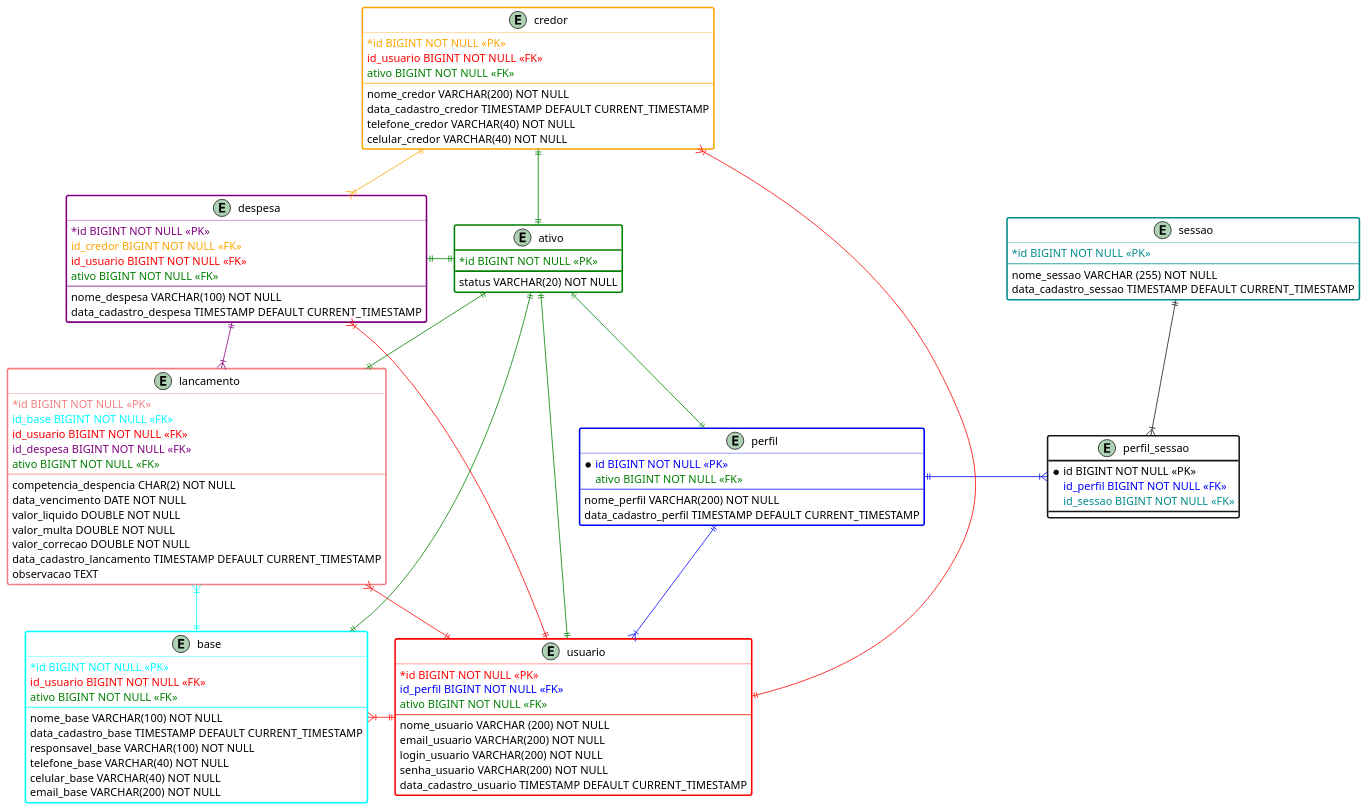
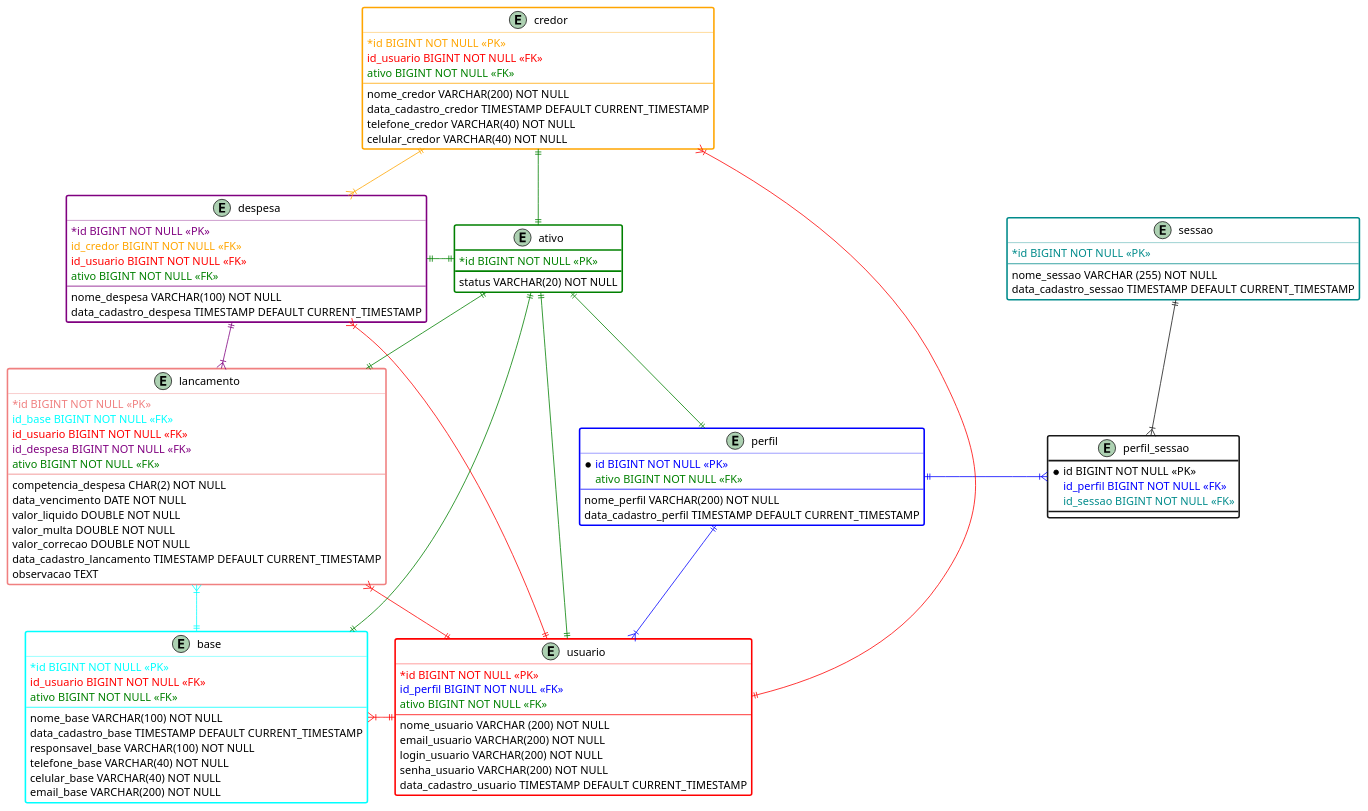
One commit to galaticghost/precificacao-pecas changed the diagram in modelagem/bancoProjetoUm.wsd. Above: the diagram before and after it, drawn with PlantUML.

```diff
--- a/modelagem/bancoProjetoUm.wsd
+++ b/modelagem/bancoProjetoUm.wsd
@@ -1,110 +1,109 @@
 @startuml projetoUM
 
 entity perfil  #white;line.bold;line:blue {
     *<color:blue>id BIGINT NOT NULL <<PK>>
     <color:green>ativo BIGINT NOT NULL <<FK>>
     --
     nome_perfil VARCHAR(200) NOT NULL
     data_cadastro_perfil TIMESTAMP DEFAULT CURRENT_TIMESTAMP
 }
 
 entity perfil_sessao  #white;line.bold; {
     *id BIGINT NOT NULL <<PK>>
     <color:blue>id_perfil BIGINT NOT NULL <<FK>>
     <color:DarkCyan>id_sessao BIGINT NOT NULL <<FK>>
 }
 
 entity sessao #white;line.bold;line:DarkCyan {
     <color:DarkCyan>*id BIGINT NOT NULL <<PK>>
     --
     nome_sessao VARCHAR (255) NOT NULL
     data_cadastro_sessao TIMESTAMP DEFAULT CURRENT_TIMESTAMP
 }
 
 entity ativo #white;line.bold;line:green {
     <color:green>*id BIGINT NOT NULL <<PK>>
     status VARCHAR(20) NOT NULL
 }
 
 entity usuario  #white;line.bold;line:red {
     <color:red>*id BIGINT NOT NULL <<PK>>
     <color:blue>id_perfil BIGINT NOT NULL <<FK>>
     <color:green>ativo BIGINT NOT NULL <<FK>>
     --
     nome_usuario VARCHAR (200) NOT NULL
     email_usuario VARCHAR(200) NOT NULL
     login_usuario VARCHAR(200) NOT NULL
     senha_usuario VARCHAR(200) NOT NULL
     data_cadastro_usuario TIMESTAMP DEFAULT CURRENT_TIMESTAMP
 }
 
 entity credor #white;line.bold;line:Orange {
     <color:Orange>*id BIGINT NOT NULL <<PK>>
     <color:red>id_usuario BIGINT NOT NULL <<FK>>
     <color:green>ativo BIGINT NOT NULL <<FK>>
     --
     nome_credor VARCHAR(200) NOT NULL
     data_cadastro_credor TIMESTAMP DEFAULT CURRENT_TIMESTAMP
     telefone_credor VARCHAR(40) NOT NULL
     celular_credor VARCHAR(40) NOT NULL 
 }
 
 entity despesa #white;line.bold;line:purple {
     <color:purple>*id BIGINT NOT NULL <<PK>>
     <color:Orange>id_credor BIGINT NOT NULL <<FK>>
     <color:red>id_usuario BIGINT NOT NULL <<FK>>
     <color:green>ativo BIGINT NOT NULL <<FK>>
     --
     nome_despesa VARCHAR(100) NOT NULL
     data_cadastro_despesa TIMESTAMP DEFAULT CURRENT_TIMESTAMP
 }
 
 entity base #white;line.bold;line:Aqua {
     <color:Aqua>*id BIGINT NOT NULL <<PK>>
     <color:red>id_usuario BIGINT NOT NULL <<FK>>
     <color:green>ativo BIGINT NOT NULL <<FK>>
     --
     nome_base VARCHAR(100) NOT NULL
     data_cadastro_base TIMESTAMP DEFAULT CURRENT_TIMESTAMP
     responsavel_base VARCHAR(100) NOT NULL
     telefone_base VARCHAR(40) NOT NULL
     celular_base VARCHAR(40) NOT NULL
     email_base VARCHAR(200) NOT NULL
 }
 
 entity lancamento  #white;line.bold;line:LightCoral  {
     <color:LightCoral>*id BIGINT NOT NULL <<PK>>
     <color:Aqua>id_base BIGINT NOT NULL <<FK>>
     <color:red>id_usuario BIGINT NOT NULL <<FK>>
     <color:Purple>id_despesa BIGINT NOT NULL <<FK>>
     <color:green>ativo BIGINT NOT NULL <<FK>>
     --
-    competencia_despencia CHAR(2) NOT NULL
+    competencia_despesa CHAR(2) NOT NULL
     data_vencimento DATE NOT NULL
     valor_liquido DOUBLE NOT NULL
     valor_multa DOUBLE NOT NULL
     valor_correcao DOUBLE NOT NULL
     data_cadastro_lancamento TIMESTAMP DEFAULT CURRENT_TIMESTAMP
     observacao TEXT
 }
 
 perfil ||-[#blue]right-|{ usuario
 perfil ||-[#blue]right-|{ perfil_sessao
 sessao ||-down-|{ perfil_sessao
 credor }|-[#red]left-|| usuario
 base }|-[#red]right-|| usuario
 lancamento }|-[#red]down-|| usuario
 lancamento }|-[#Aqua]down-|| base
 lancamento }|-[#purple]down-|| despesa
 credor ||-[#Orange]down-|{ despesa
 usuario ||-[#red]left-|{ despesa
 
 ativo ||-[#green]-|| perfil
 ativo ||-[#green]-|| usuario
 ativo ||-[#green]-|| lancamento
 ativo ||-[#green]-|| base
 ativo ||-[#green]left-|| despesa
 ativo ||-[#green]left-|| credor
 
-
 @enduml
```
